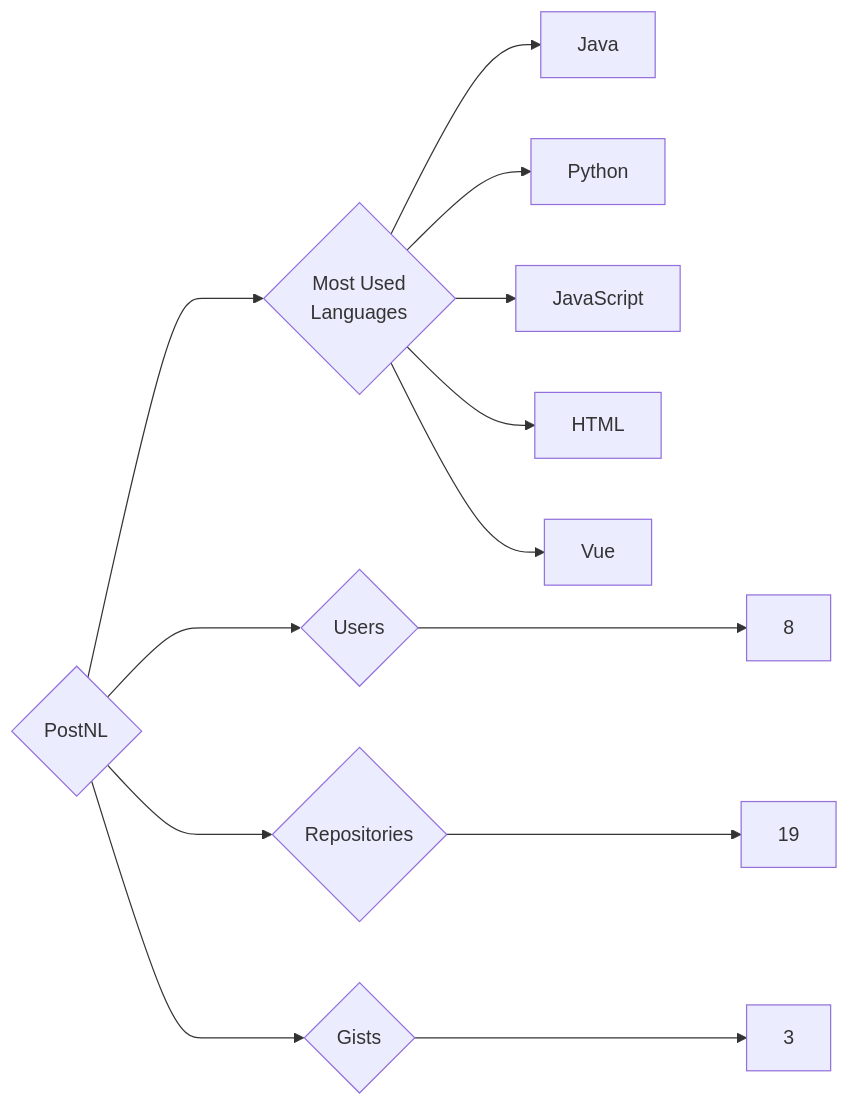
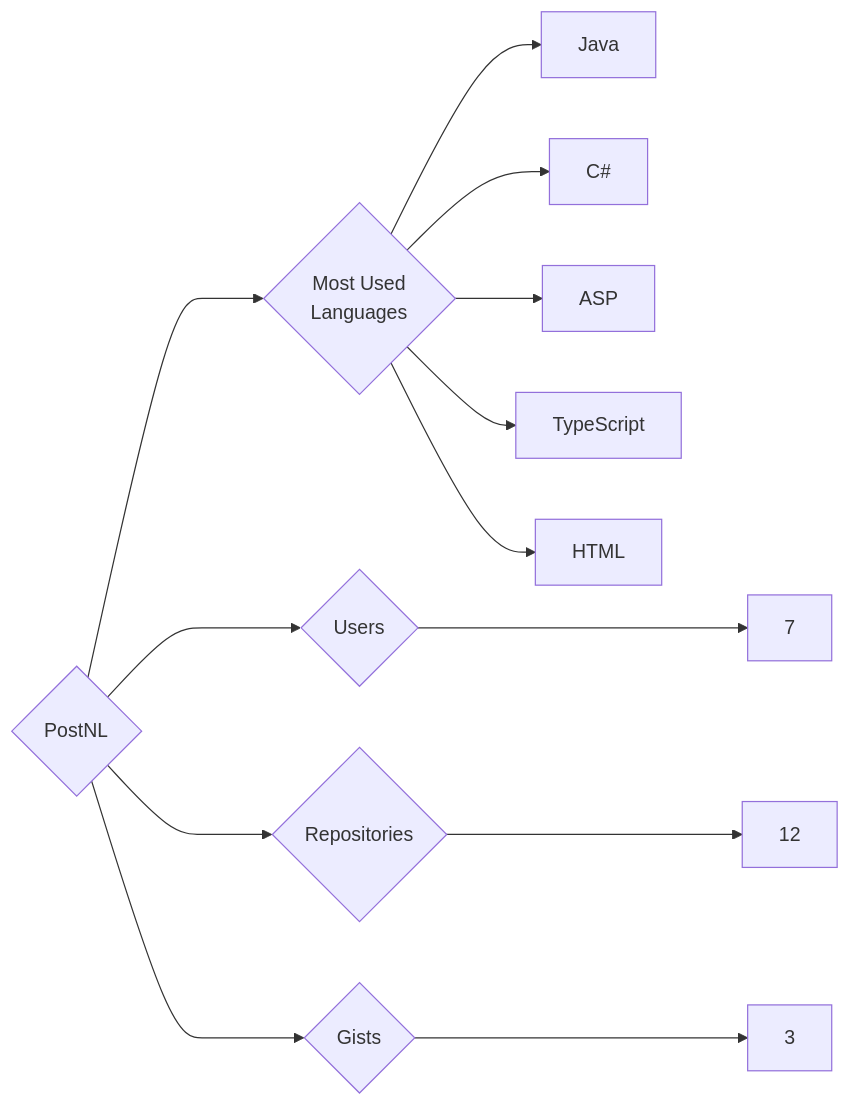
One commit to trickest/insiders changed the diagram in targets/PostNL/README.md. Above: the diagram before and after it, drawn with Mermaid. The commit also changed 995 other files, not shown here.

````diff
--- a/targets/PostNL/README.md
+++ b/targets/PostNL/README.md
@@ -3,13 +3,13 @@
 ```mermaid
 graph LR
 COMPANY_NAME{PostNL}
-COMPANY_NAME ---> U{Users} ---> UN[8]
-COMPANY_NAME ---> R{Repositories} ---> RN[19]
+COMPANY_NAME ---> U{Users} ---> UN[7]
+COMPANY_NAME ---> R{Repositories} ---> RN[12]
 COMPANY_NAME ---> G{Gists} ---> GN[3]
 COMPANY_NAME ---> ML{Most Used<br>Languages}
 ML --> Java[Java]
-ML --> Python[Python]
-ML --> JavaScript[JavaScript]
+ML --> C#[C#]
+ML --> ASP[ASP]
+ML --> TypeScript[TypeScript]
 ML --> HTML[HTML]
-ML --> Vue[Vue]
 ```
````
